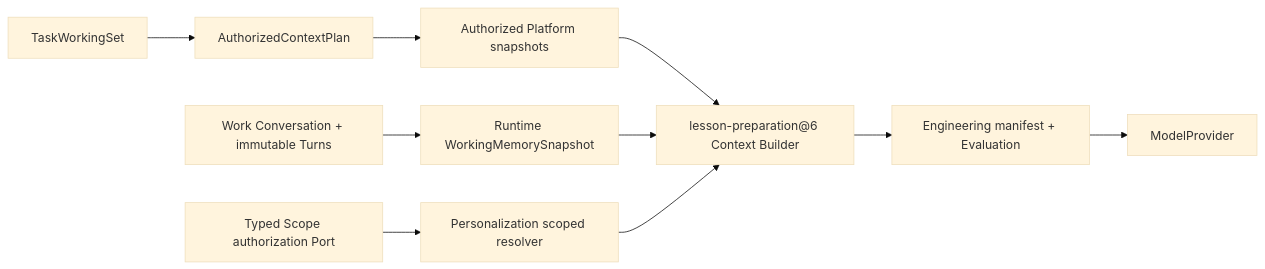
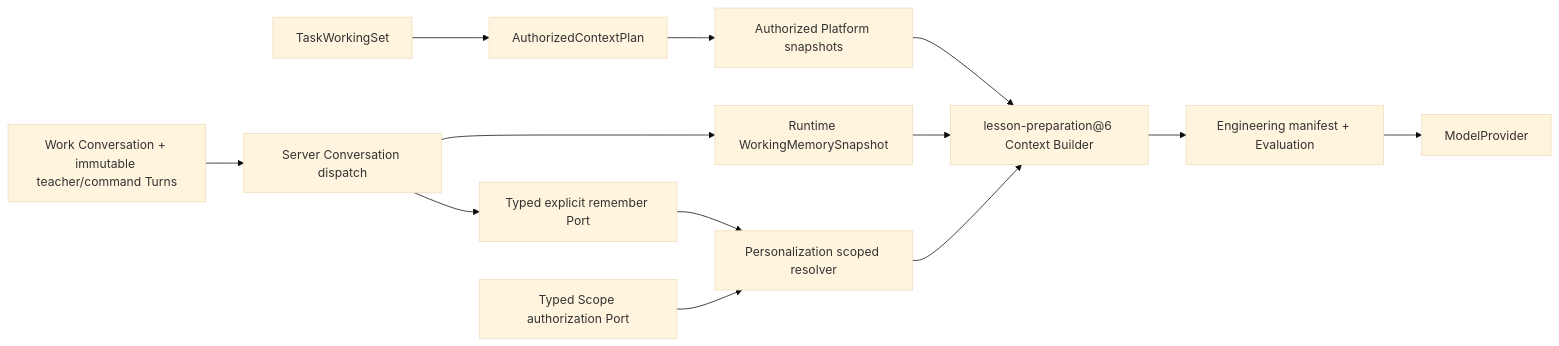
One commit to CrystalDavid/Edu-Agent changed the fourth of 5 diagrams in docs/architecture/README.md. Above: the diagram before and after it, drawn with Mermaid (base theme). The commit also changed other lines of this file and 7 other files, not shown here.

Commit message:
docs: document explicit teacher remember commands

````diff
--- a/docs/architecture/README.md
+++ b/docs/architecture/README.md
@@ -163,12 +163,15 @@
 ```mermaid
 flowchart LR
     WS["TaskWorkingSet"] --> AUTH["AuthorizedContextPlan"]
     AUTH --> SNAP["Authorized Platform snapshots"]
     SNAP --> CB["lesson-preparation@6 Context Builder"]
-    TURN["Work Conversation + immutable Turns"] --> WM["Runtime WorkingMemorySnapshot"]
+    TURN["Work Conversation + immutable teacher/command Turns"] --> DISPATCH["Server Conversation dispatch"]
+    DISPATCH --> WM["Runtime WorkingMemorySnapshot"]
+    DISPATCH --> REMEMBER["Typed explicit remember Port"]
+    REMEMBER --> PREF
     WM --> CB
     PREF["Personalization scoped resolver"] --> CB
     AUTHZ["Typed Scope authorization Port"] --> PREF
     CB --> CM["Engineering manifest + Evaluation"]
     CM --> MODEL["ModelProvider"]
 ```
````
